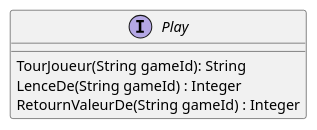
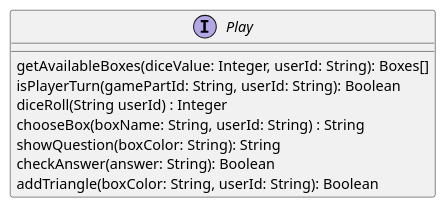
The fifth of 16 diagrams in trivial-doc/modules/development/pages/composants.adoc (sybarry/Trivial_Pursuit_CL), drawn with PlantUML before and after one commit. The commit also changed other lines of this file, not shown here.

```diff
--- a/trivial-doc/modules/development/pages/composants.adoc
+++ b/trivial-doc/modules/development/pages/composants.adoc
@@ -145,8 +142,12 @@
 [plantuml]
 ....
 interface Play {
-    TourJoueur(String gameId): String
-    LenceDe(String gameId) : Integer
-    RetournValeurDe(String gameId) : Integer
+    getAvailableBoxes(diceValue: Integer, userId: String): Boxes[]
+    isPlayerTurn(gamePartId: String, userId: String): Boolean
+    diceRoll(String userId) : Integer
+    chooseBox(boxName: String, userId: String) : String
+    showQuestion(boxColor: String): String
+    checkAnswer(answer: String): Boolean
+    addTriangle(boxColor: String, userId: String): Boolean
 }
 ....
```
